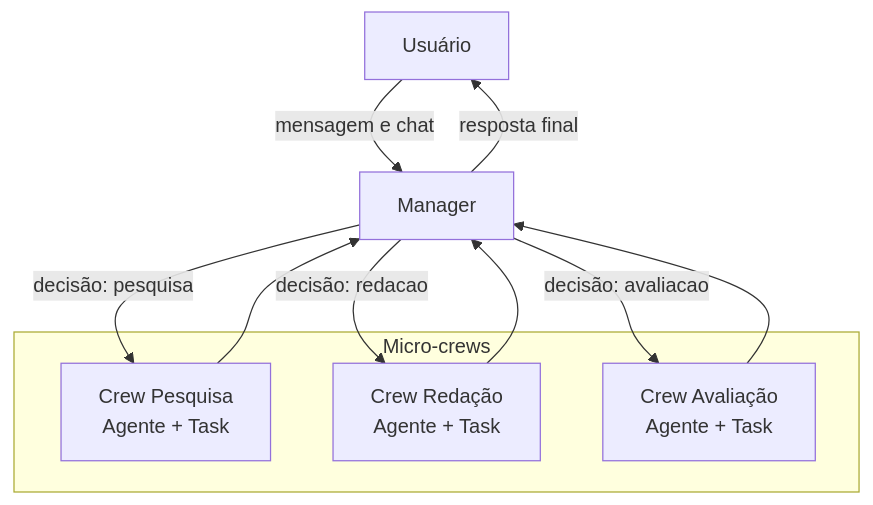
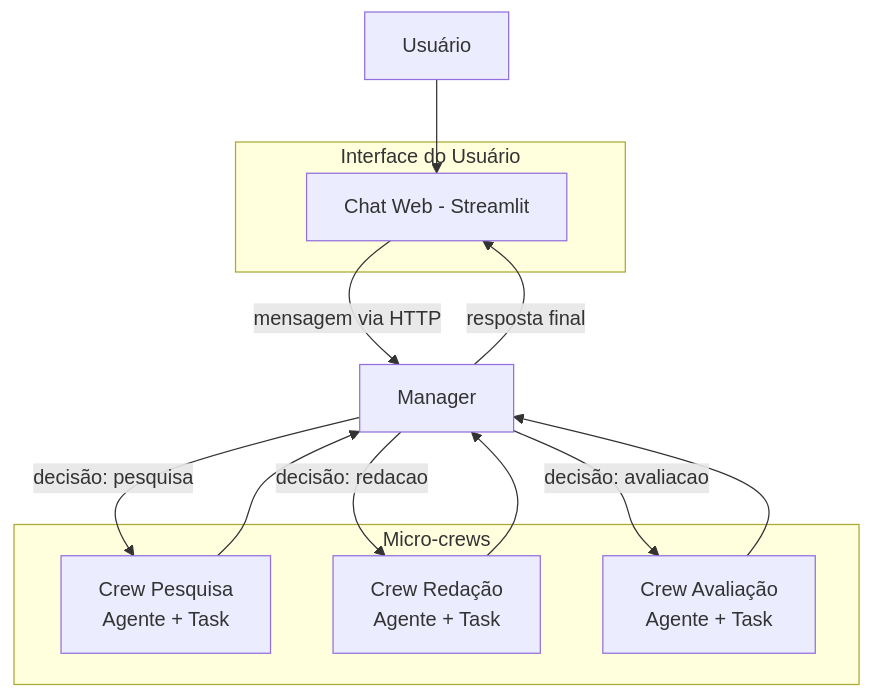
The diagram in README.md (adilsonmenechini/multi-crews-chat), drawn with Mermaid before and after one commit. The commit also changed other lines of this file and 10 other files, not shown here.

Commit message:
feat: add chat streamlit

````diff
--- a/README.md
+++ b/README.md
@@ -9,23 +9,28 @@
 ```mermaid
 flowchart TD
-    U[Usuário] -->|mensagem e chat| M[Manager]
+    subgraph "Interface do Usuário"
+        C[Chat Web - Streamlit]
+    end
+
+    U[Usuário] --> C
+    C -->|mensagem via HTTP| M[Manager]
     
-    subgraph Micro-crews
+    subgraph "Micro-crews"
         P[Crew Pesquisa
         Agente + Task]
         Red[Crew Redação
         Agente + Task]
         A[Crew Avaliação
         Agente + Task]
     end
 
     M -->|decisão: pesquisa| P
     M -->|decisão: redacao| Red
     M -->|decisão: avaliacao| A
 
     P --> M
     Red --> M
     A --> M
 
-    M -->|resposta final| U
+    M -->|resposta final| C
 ```
````
